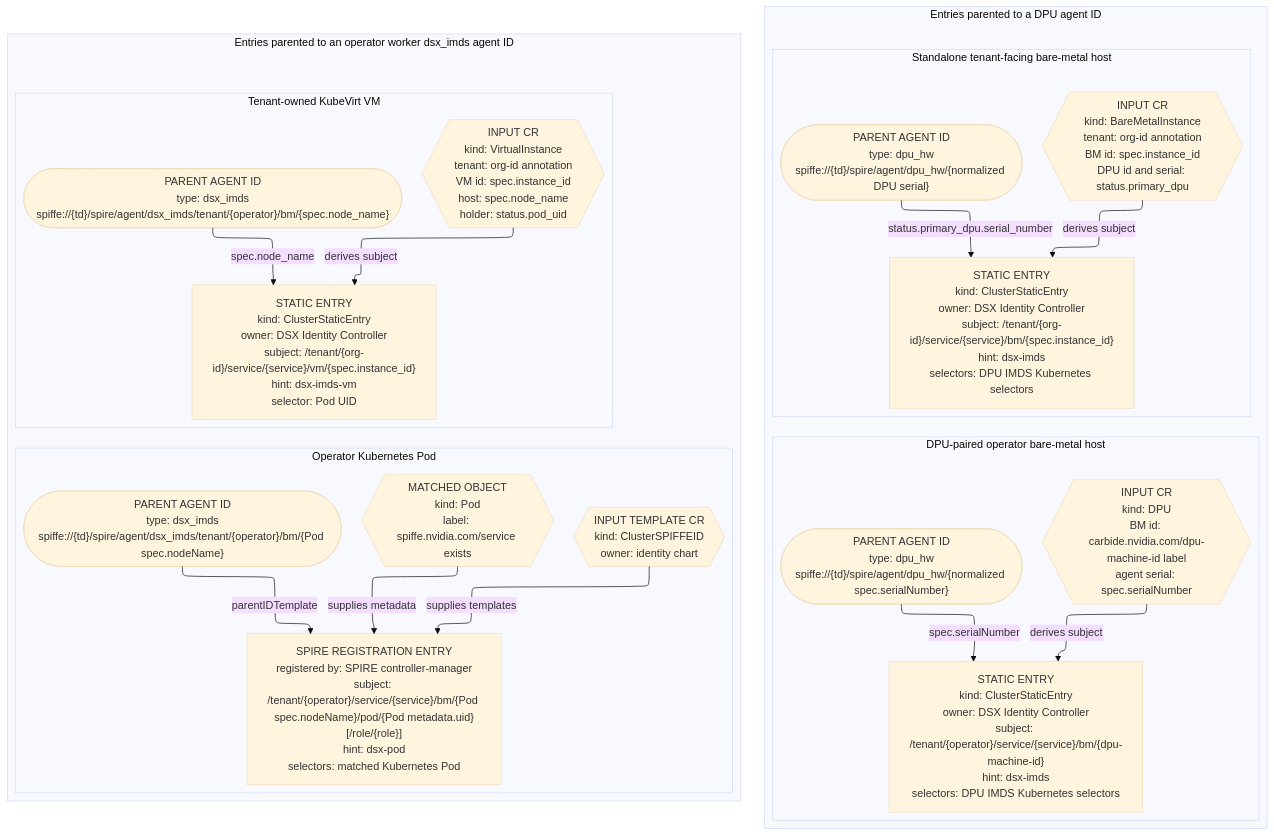
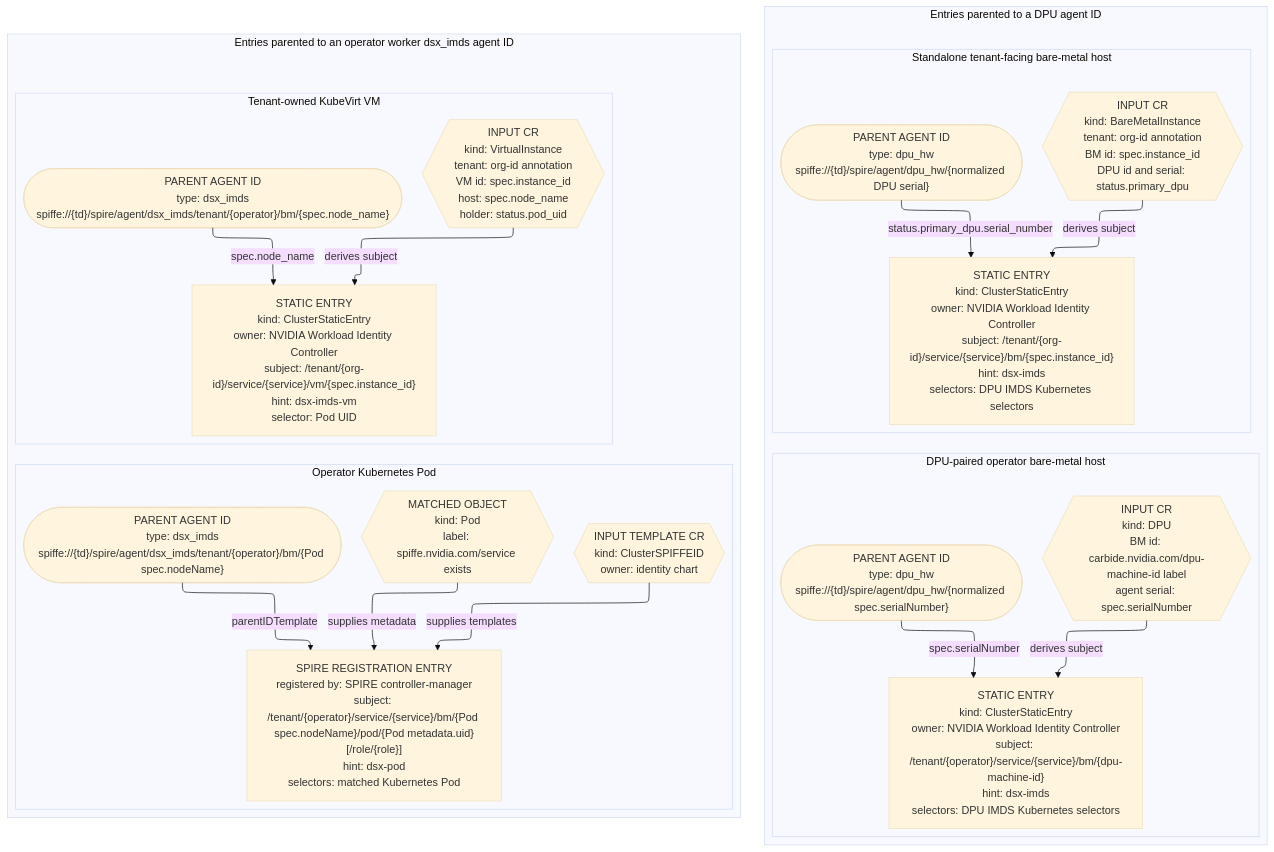
Before and after one commit to dsx-ai-factory/nvidia-workload-identity: the third of 4 diagrams in README.md, drawn with Mermaid (base theme). The commit also changed other lines of this file and 41 other files, not shown here.

First line of the commit message:
fix(NO-REF): update NVIDIA Workload Identity display names

````diff
--- a/README.md
+++ b/README.md
@@ -264,50 +267,50 @@
 ```mermaid
 %%{init: {"flowchart": {"defaultRenderer": "elk"}, "elk": {"nodePlacementStrategy": "SIMPLE"}}}%%
 flowchart TB
 
   subgraph DPUParented["Entries parented to a DPU agent ID"]
     direction LR
 
     subgraph DPULane["DPU-paired operator bare-metal host"]
       direction TB
       DPUCR{{"INPUT CR<br/>kind: DPU<br/>BM id: carbide.nvidia.com/dpu-machine-id label<br/>agent serial: spec.serialNumber"}}
       DPUParent(["PARENT AGENT ID<br/>type: dpu_hw<br/>spiffe://{td}/spire/agent/dpu_hw/{normalized spec.serialNumber}"])
-      DPUEntry["STATIC ENTRY<br/>kind: ClusterStaticEntry<br/>owner: DSX Identity Controller<br/>subject: /tenant/{operator}/service/{service}/bm/{dpu-machine-id}<br/>hint: dsx-imds<br/>selectors: DPU IMDS Kubernetes selectors"]
+      DPUEntry["STATIC ENTRY<br/>kind: ClusterStaticEntry<br/>owner: NVIDIA Workload Identity Controller<br/>subject: /tenant/{operator}/service/{service}/bm/{dpu-machine-id}<br/>hint: dsx-imds<br/>selectors: DPU IMDS Kubernetes selectors"]
       DPUCR -->|"derives subject"| DPUEntry
       DPUParent -->|"spec.serialNumber"| DPUEntry
     end
 
     subgraph HostLane["Standalone tenant-facing bare-metal host"]
       direction TB
       HostSource{{"INPUT CR<br/>kind: BareMetalInstance<br/>tenant: org-id annotation<br/>BM id: spec.instance_id<br/>DPU id and serial: status.primary_dpu"}}
       HostParent(["PARENT AGENT ID<br/>type: dpu_hw<br/>spiffe://{td}/spire/agent/dpu_hw/{normalized DPU serial}"])
-      HostEntry["STATIC ENTRY<br/>kind: ClusterStaticEntry<br/>owner: DSX Identity Controller<br/>subject: /tenant/{org-id}/service/{service}/bm/{spec.instance_id}<br/>hint: dsx-imds<br/>selectors: DPU IMDS Kubernetes selectors"]
+      HostEntry["STATIC ENTRY<br/>kind: ClusterStaticEntry<br/>owner: NVIDIA Workload Identity Controller<br/>subject: /tenant/{org-id}/service/{service}/bm/{spec.instance_id}<br/>hint: dsx-imds<br/>selectors: DPU IMDS Kubernetes selectors"]
       HostSource -->|"derives subject"| HostEntry
       HostParent -->|"status.primary_dpu.serial_number"| HostEntry
     end
   end
 
   subgraph HostParented["Entries parented to an operator worker dsx_imds agent ID"]
     direction LR
 
     subgraph PodLane["Operator Kubernetes Pod"]
       direction TB
       PodTemplate{{"INPUT TEMPLATE CR<br/>kind: ClusterSPIFFEID<br/>owner: identity chart"}}
       PodObject{{"MATCHED OBJECT<br/>kind: Pod<br/>label: spiffe.nvidia.com/service exists"}}
       PodParent(["PARENT AGENT ID<br/>type: dsx_imds<br/>spiffe://{td}/spire/agent/dsx_imds/tenant/{operator}/bm/{Pod spec.nodeName}"])
       PodEntry["SPIRE REGISTRATION ENTRY<br/>registered by: SPIRE controller-manager<br/>subject: /tenant/{operator}/service/{service}/bm/{Pod spec.nodeName}/pod/{Pod metadata.uid}[/role/{role}]<br/>hint: dsx-pod<br/>selectors: matched Kubernetes Pod"]
       PodTemplate -->|"supplies templates"| PodEntry
       PodObject -->|"supplies metadata"| PodEntry
       PodParent -->|"parentIDTemplate"| PodEntry
     end
 
     subgraph VMLane["Tenant-owned KubeVirt VM"]
       direction TB
       VMSource{{"INPUT CR<br/>kind: VirtualInstance<br/>tenant: org-id annotation<br/>VM id: spec.instance_id<br/>host: spec.node_name<br/>holder: status.pod_uid"}}
       VMParent(["PARENT AGENT ID<br/>type: dsx_imds<br/>spiffe://{td}/spire/agent/dsx_imds/tenant/{operator}/bm/{spec.node_name}"])
-      VMEntry["STATIC ENTRY<br/>kind: ClusterStaticEntry<br/>owner: DSX Identity Controller<br/>subject: /tenant/{org-id}/service/{service}/vm/{spec.instance_id}<br/>hint: dsx-imds-vm<br/>selector: Pod UID"]
+      VMEntry["STATIC ENTRY<br/>kind: ClusterStaticEntry<br/>owner: NVIDIA Workload Identity Controller<br/>subject: /tenant/{org-id}/service/{service}/vm/{spec.instance_id}<br/>hint: dsx-imds-vm<br/>selector: Pod UID"]
       VMSource -->|"derives subject"| VMEntry
       VMParent -->|"spec.node_name"| VMEntry
     end
   end
 ```
````
